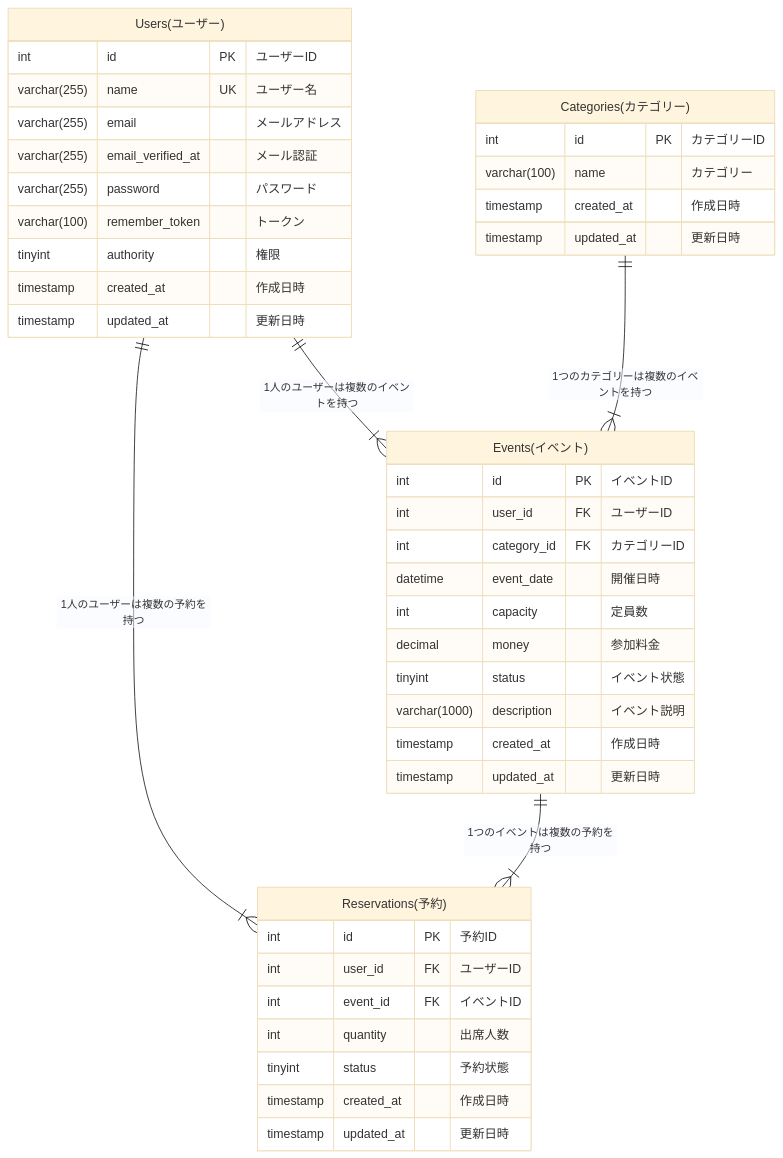
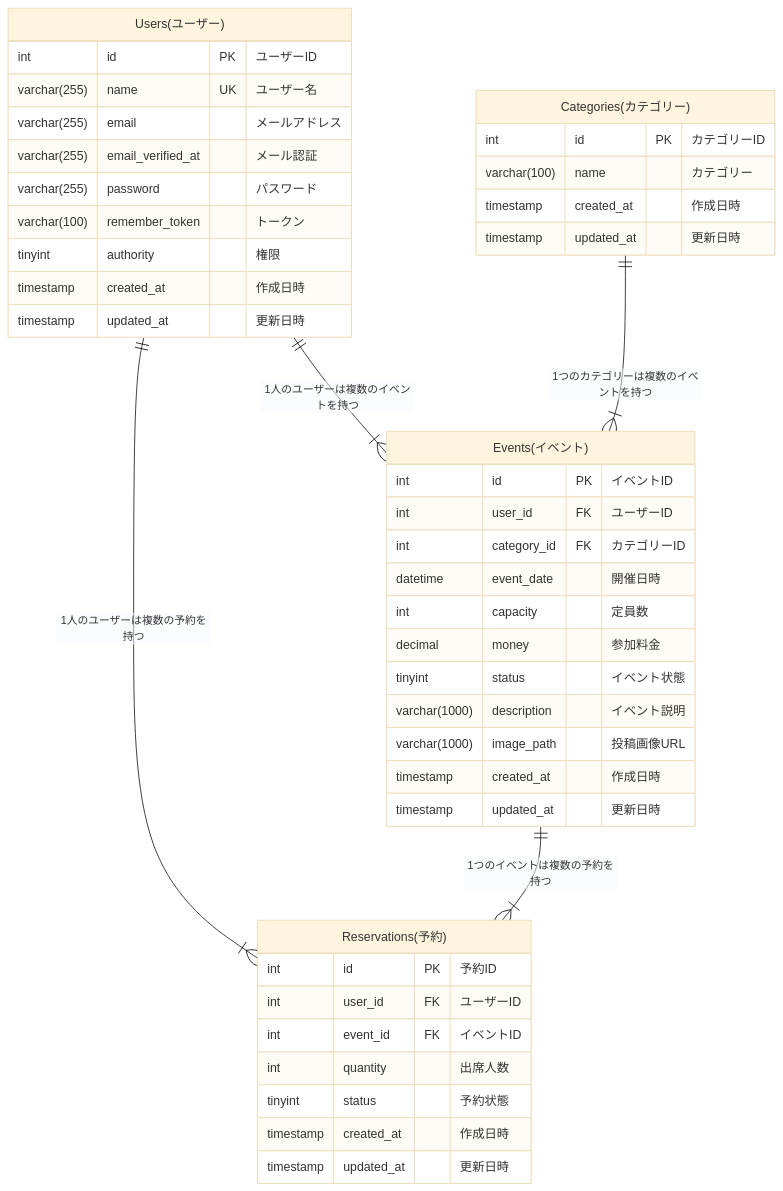
One commit to kai-phoenix/meetup_link changed the diagram in table.md. Above: the diagram before and after it, drawn with Mermaid (base theme). The commit also changed 10 other files, not shown here.

````diff
--- a/table.md
+++ b/table.md
@@ -1,49 +1,50 @@
 ```mermaid
 erDiagram
     "Users(ユーザー)" ||--|{ "Reservations(予約)": "1人のユーザーは複数の予約を持つ"
     "Categories(カテゴリー)" ||--|{ "Events(イベント)": "1つのカテゴリーは複数のイベントを持つ"
     "Events(イベント)" ||--|{ "Reservations(予約)": "1つのイベントは複数の予約を持つ"
     "Users(ユーザー)" ||--|{ "Events(イベント)": "1人のユーザーは複数のイベントを持つ"
 
     "Users(ユーザー)" {
         int id PK "ユーザーID"
         varchar(255) name UK "ユーザー名"
         varchar(255) email "メールアドレス"
         varchar(255) email_verified_at "メール認証"
         varchar(255) password "パスワード"
         varchar(100) remember_token "トークン"
         tinyint authority　"権限"
         timestamp created_at "作成日時"
         timestamp updated_at "更新日時"
     }
 
     "Categories(カテゴリー)" {
         int id PK "カテゴリーID"
         varchar(100) name "カテゴリー"
         timestamp created_at "作成日時"
         timestamp updated_at "更新日時"
     }
 
     "Events(イベント)" {
         int id PK "イベントID"
         int user_id FK "ユーザーID"
         int category_id FK "カテゴリーID"
         datetime event_date "開催日時"
         int capacity "定員数"
         decimal money "参加料金"
         tinyint status "イベント状態"
         varchar(1000) description "イベント説明"
+        varchar(1000) image_path "投稿画像URL"
         timestamp created_at "作成日時"
         timestamp updated_at "更新日時"
     }
 
     "Reservations(予約)" {
         int id PK "予約ID"
         int user_id FK "ユーザーID"
         int event_id FK "イベントID"
         int quantity "出席人数"
         tinyint status "予約状態"
         timestamp created_at "作成日時"
         timestamp updated_at "更新日時"
     }
 ```
````
